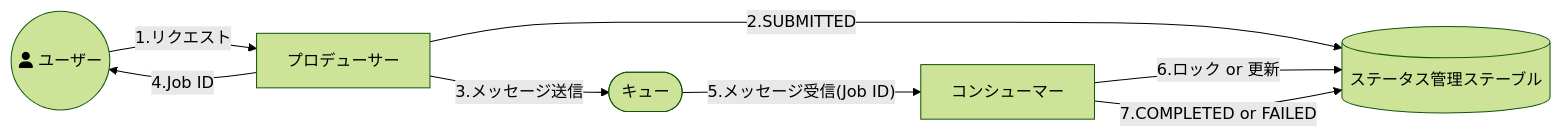
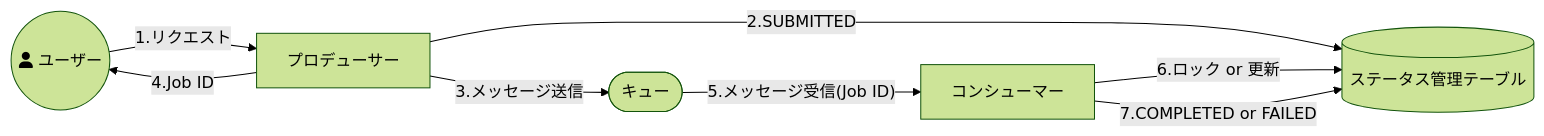
The sixth of 13 diagrams in documents/forAsync/async_guidelines.md (future-architect/arch-guidelines), drawn with Mermaid (forest theme) before and after one commit. The commit also changed other lines of this file and 1 other file, not shown here.

````diff
--- a/documents/forAsync/async_guidelines.md
+++ b/documents/forAsync/async_guidelines.md
@@ -487,11 +489,11 @@
 ```mermaid
 graph LR
     User((fa:fa-user ユーザー)) -- 1.リクエスト --> Producer[プロデューサー];
-    Producer -- 2.SUBMITTED --> DB[(ステータス管理ステーブル)];
+    Producer -- 2.SUBMITTED --> DB[(ステータス管理テーブル)];
     Producer -- 3.メッセージ送信 --> Queue([キュー]);
     Producer -- 4.Job ID --> User;
 
     Queue -- 5.メッセージ受信(Job ID) --> Consumer[コンシューマー];
     Consumer -- 6.ロック or 更新 --> DB;
     Consumer -- 7.COMPLETED or FAILED --> DB;
 ```
````
